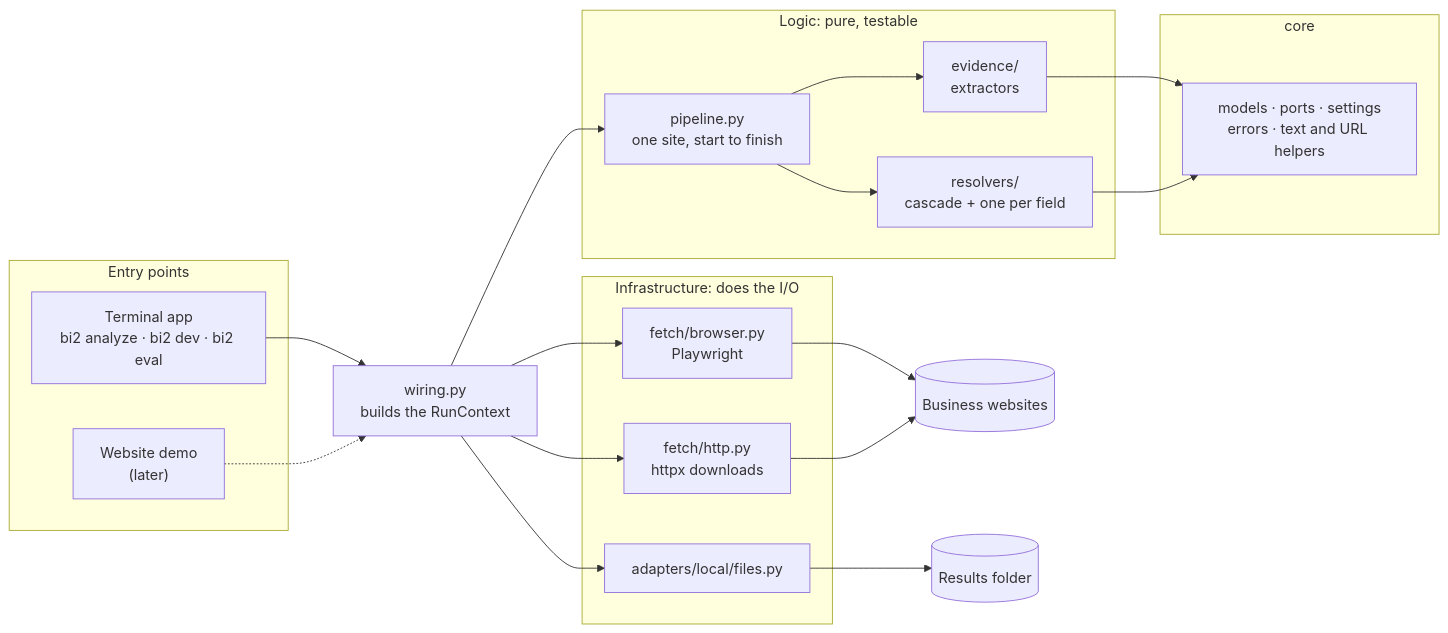
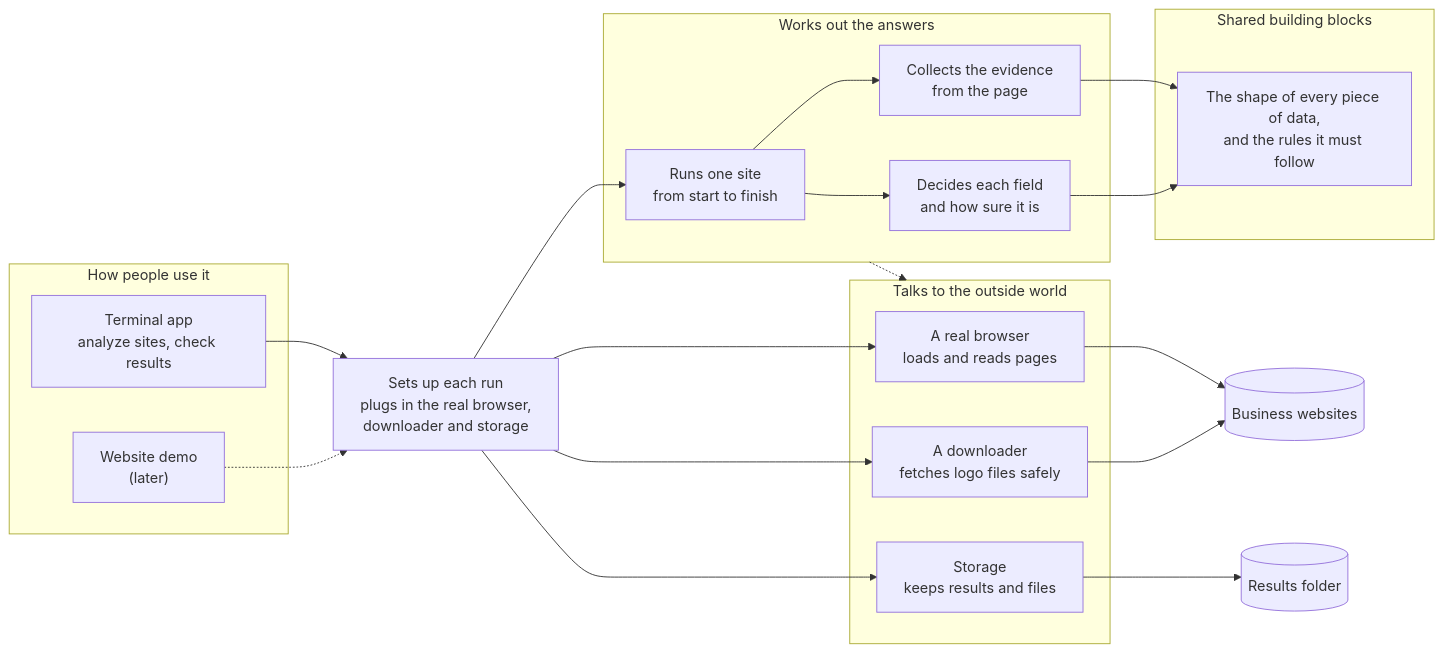
One commit to haneeshraj/business-insights-v2 changed the first of 10 diagrams in docs/reviews/2026-10-12.md. Above: the diagram before and after it, drawn with Mermaid. The commit also changed other lines of this file, not shown here.

Commit message:
docs: how answers are judged, and plainer diagrams in the progress review

````diff
--- a/docs/reviews/2026-10-12.md
+++ b/docs/reviews/2026-10-12.md
@@ -40,36 +40,37 @@
 ```mermaid
 flowchart LR
-  subgraph EP["Entry points"]
-    CLI["Terminal app<br/>bi2 analyze · bi2 dev · bi2 eval"]
+  subgraph USE["How people use it"]
+    APP["Terminal app<br/>analyze sites, check results"]
     WEB["Website demo<br/>(later)"]
   end
-  WIRE["wiring.py<br/>builds the RunContext"]
-  subgraph LOGIC["Logic: pure, testable"]
-    PIPE["pipeline.py<br/>one site, start to finish"]
-    EVI["evidence/<br/>extractors"]
-    RES["resolvers/<br/>cascade + one per field"]
+  SETUP["Sets up each run<br/>plugs in the real browser,<br/>downloader and storage"]
+  subgraph THINK["Works out the answers"]
+    ONE["Runs one site<br/>from start to finish"]
+    COLLECT["Collects the evidence<br/>from the page"]
+    DECIDE["Decides each field<br/>and how sure it is"]
   end
-  subgraph CORE["core"]
-    MOD["models · ports · settings<br/>errors · text and URL helpers"]
+  subgraph SHARED["Shared building blocks"]
+    SHAPES["The shape of every piece of data,<br/>and the rules it must follow"]
   end
-  subgraph INFRA["Infrastructure: does the I/O"]
-    BRW["fetch/browser.py<br/>Playwright"]
-    HTTP["fetch/http.py<br/>httpx downloads"]
-    FILES["adapters/local/files.py"]
+  subgraph OUTSIDE["Talks to the outside world"]
+    BROWSER["A real browser<br/>loads and reads pages"]
+    DOWNLOAD["A downloader<br/>fetches logo files safely"]
+    SAVE["Storage<br/>keeps results and files"]
   end
   SITES[("Business websites")]
-  DISK[("Results folder")]
-  CLI --> WIRE
-  WEB -.-> WIRE
-  WIRE --> PIPE
-  PIPE --> EVI
-  PIPE --> RES
-  EVI --> MOD
-  RES --> MOD
-  WIRE --> BRW
-  WIRE --> HTTP
-  WIRE --> FILES
-  BRW --> SITES
-  HTTP --> SITES
-  FILES --> DISK
+  FOLDER[("Results folder")]
+  APP --> SETUP
+  WEB -.-> SETUP
+  SETUP --> ONE
+  ONE --> COLLECT
+  ONE --> DECIDE
+  COLLECT --> SHAPES
+  DECIDE --> SHAPES
+  SETUP --> BROWSER
+  SETUP --> DOWNLOAD
+  SETUP --> SAVE
+  THINK -.-> OUTSIDE
+  BROWSER --> SITES
+  DOWNLOAD --> SITES
+  SAVE --> FOLDER
 ```
````
